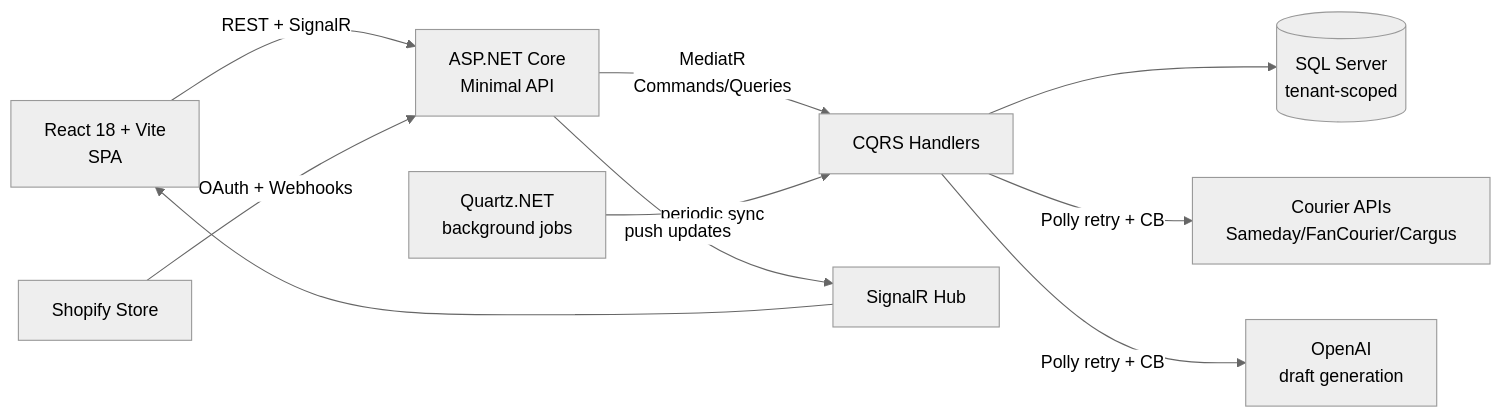
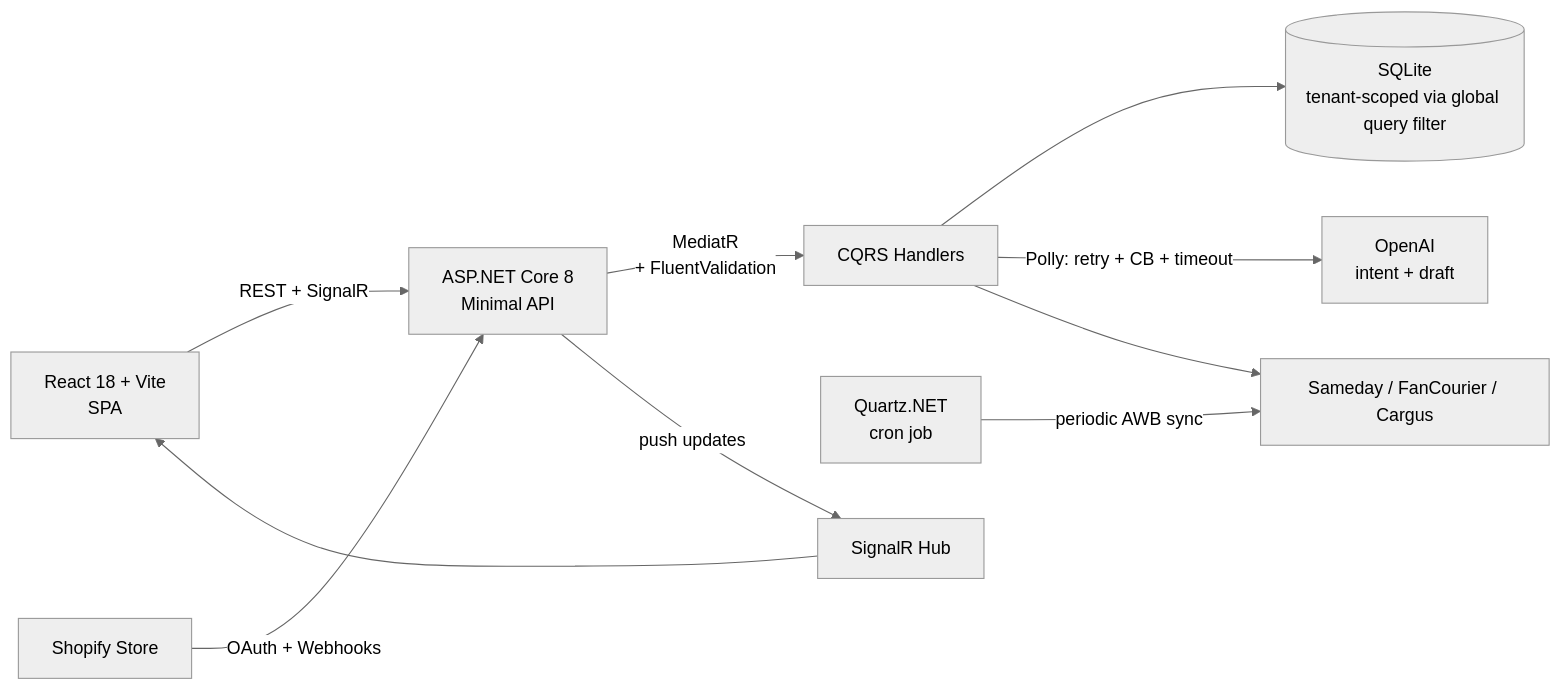
One commit to AvramAlexC/InboxAI changed the diagram in README.md. Above: the diagram before and after it, drawn with Mermaid (neutral theme). The commit also changed other lines of this file and 2 other files, not shown here.

````diff
--- a/README.md
+++ b/README.md
@@ -27,11 +19,11 @@
 ```mermaid
 flowchart LR
-    Client[React 18 + Vite<br/>SPA] -->|REST + SignalR| API[ASP.NET Core<br/>Minimal API]
+    Client[React 18 + Vite<br/>SPA] -->|REST + SignalR| API[ASP.NET Core 8<br/>Minimal API]
     Shopify[Shopify Store] -->|OAuth + Webhooks| API
-    API -->|MediatR<br/>Commands/Queries| Handlers[CQRS Handlers]
-    Handlers --> DB[(SQL Server<br/>tenant-scoped)]
-    Handlers -->|Polly retry + CB| Couriers[Courier APIs<br/>Sameday/FanCourier/Cargus]
-    Handlers -->|Polly retry + CB| OpenAI[OpenAI<br/>draft generation]
-    Quartz[Quartz.NET<br/>background jobs] -->|periodic sync| Handlers
-    API -->|push updates| SignalR[SignalR Hub] --> Client
+    API -->|MediatR<br/>+ FluentValidation| Handlers[CQRS Handlers]
+    Handlers --> DB[(SQLite<br/>tenant-scoped via global query filter)]
+    Handlers -->|Polly: retry + CB + timeout| OpenAI[OpenAI<br/>intent + draft]
+    Quartz[Quartz.NET<br/>cron job] -->|periodic AWB sync| Couriers[Sameday / FanCourier / Cargus]
+    Handlers --> Couriers
+    API -->|push updates| Hub[SignalR Hub] --> Client
 ```
````
